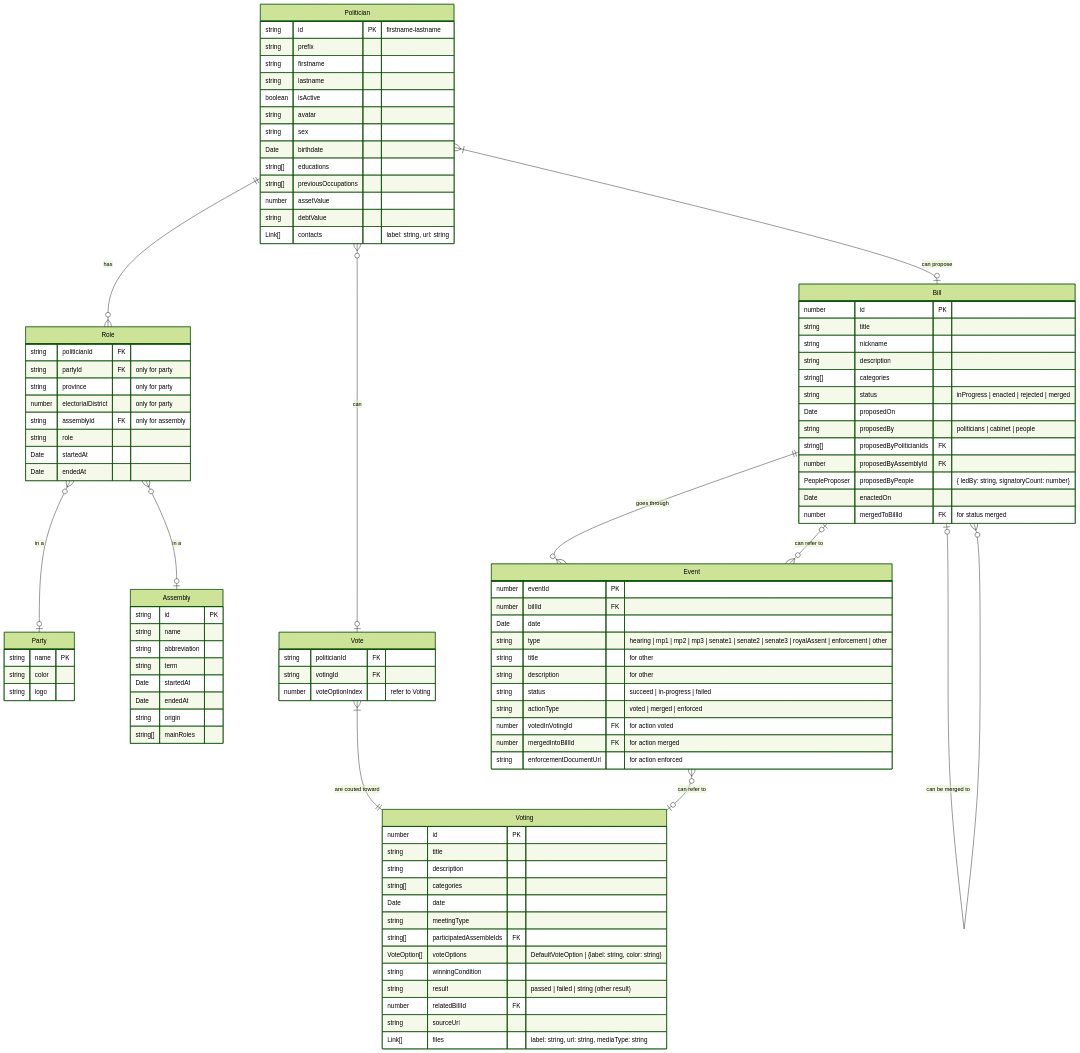
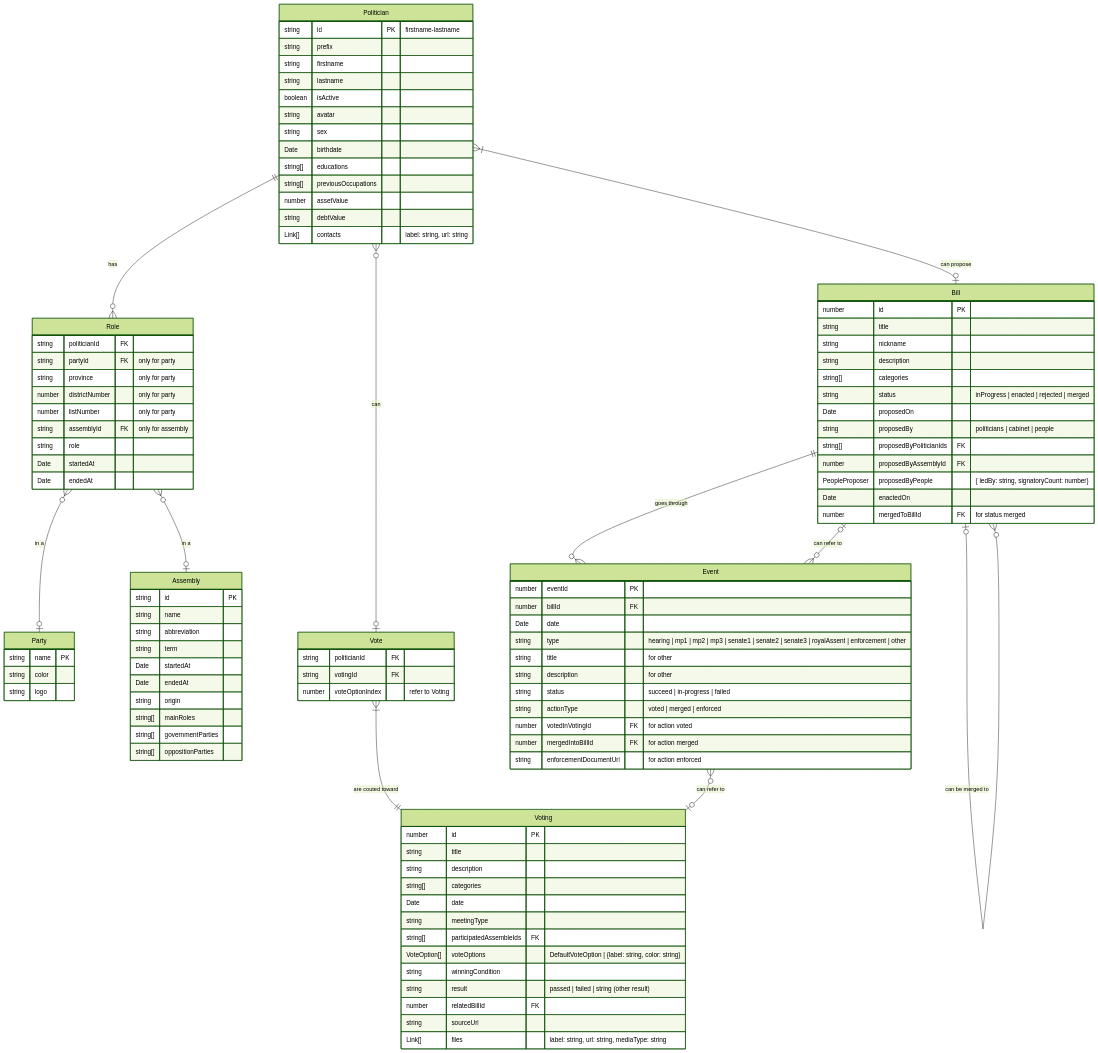
Before and after one commit to wevisdemo/parliament-watch: the diagram in src/models/README.md, drawn with Mermaid (forest theme). The commit also changed 1 other file, not shown here.

Commit message:
docs(wev-65): add data pipeline and update ER diagram and

```diff
--- a/src/models/README.md
+++ b/src/models/README.md
@@ -33,7 +33,8 @@
     string politicianId FK
     string partyId FK "only for party"
     string province "only for party"
-    number electorialDistrict "only for party"
+    number districtNumber "only for party"
+    number listNumber "only for party"
     string assemblyId FK "only for assembly"
     string role
     Date startedAt
@@ -55,6 +56,8 @@
     Date endedAt
     string origin
     string[] mainRoles
+    string[] governmentParties
+    string[] oppositionParties
   }
 
   Bill {
```
